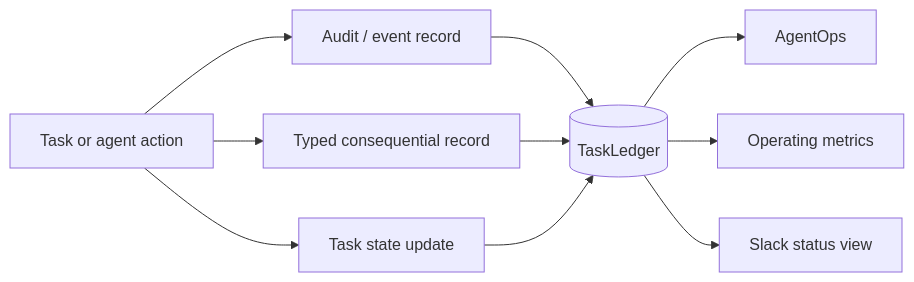
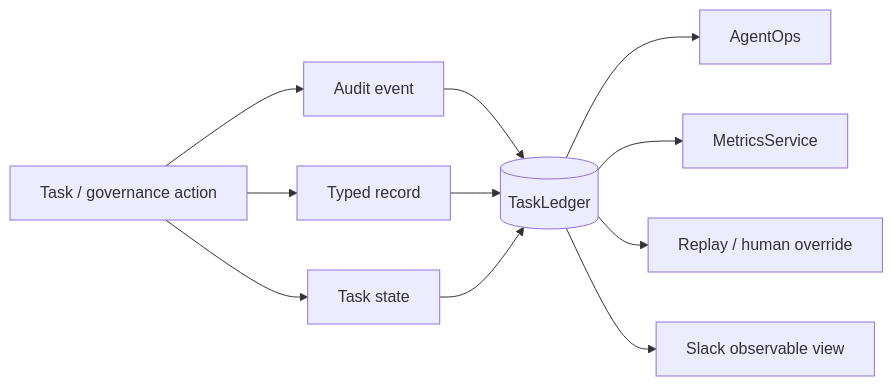
One commit to mkleinbe/mesh-ai-agent-cos-universe changed the diagram in docs/observability.md. Above: the diagram before and after it, drawn with Mermaid. The commit also changed other lines of this file, not shown here.

Commit message:
docs: align observability to final metrics and replay model

````diff
--- a/docs/observability.md
+++ b/docs/observability.md
@@ -7,12 +7,13 @@
 ```mermaid
 flowchart LR
-    ACT[Task or agent action] --> EVT[Audit / event record]
-    ACT --> REC[Typed consequential record]
-    ACT --> TASK[Task state update]
+    ACT[Task / governance action] --> EVT[Audit event]
+    ACT --> REC[Typed record]
+    ACT --> TASK[Task state]
     EVT --> LEDGER[(TaskLedger)]
     REC --> LEDGER
     TASK --> LEDGER
     LEDGER --> OPS[AgentOps]
-    LEDGER --> MET[Operating metrics]
-    LEDGER --> SLACK[Slack status view]
+    LEDGER --> MET[MetricsService]
+    LEDGER --> REPLAY[Replay / human override]
+    LEDGER --> SLACK[Slack observable view]
 ```
````
